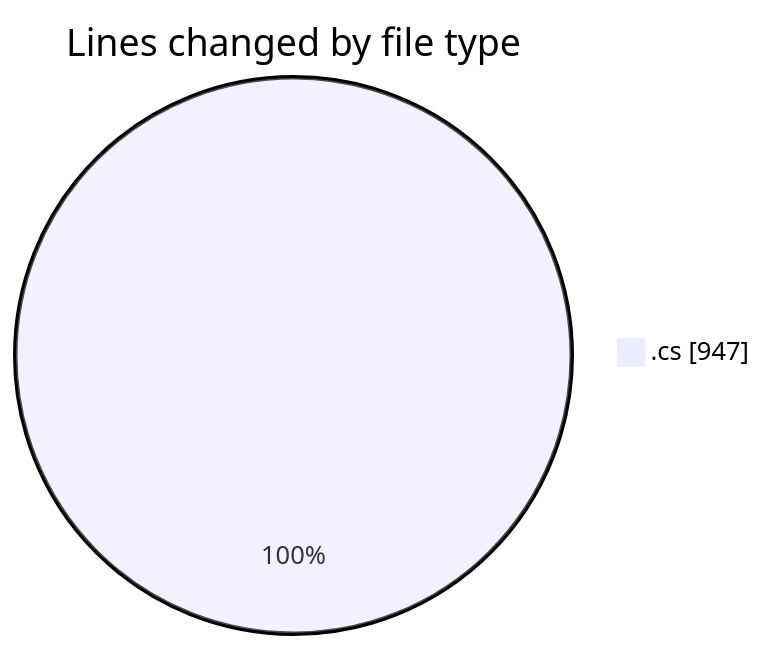
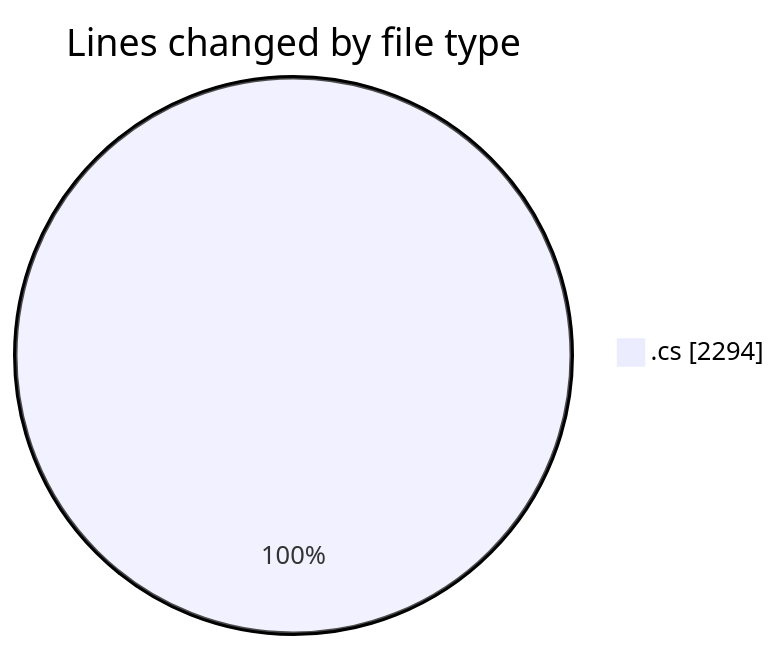
Before and after one commit to Netris89/code-tracking: the first of 2 diagrams in 2025-04-06/back-end/README.md, drawn with Mermaid. The commit also changed other lines of this file and 1 other file, not shown here.

````diff
--- a/2025-04-06/back-end/README.md
+++ b/2025-04-06/back-end/README.md
@@ -25,5 +31,5 @@
 ```mermaid
 pie showData
 title Lines changed by file type
-".cs" : 947
+".cs" : 2294
 ```
````
